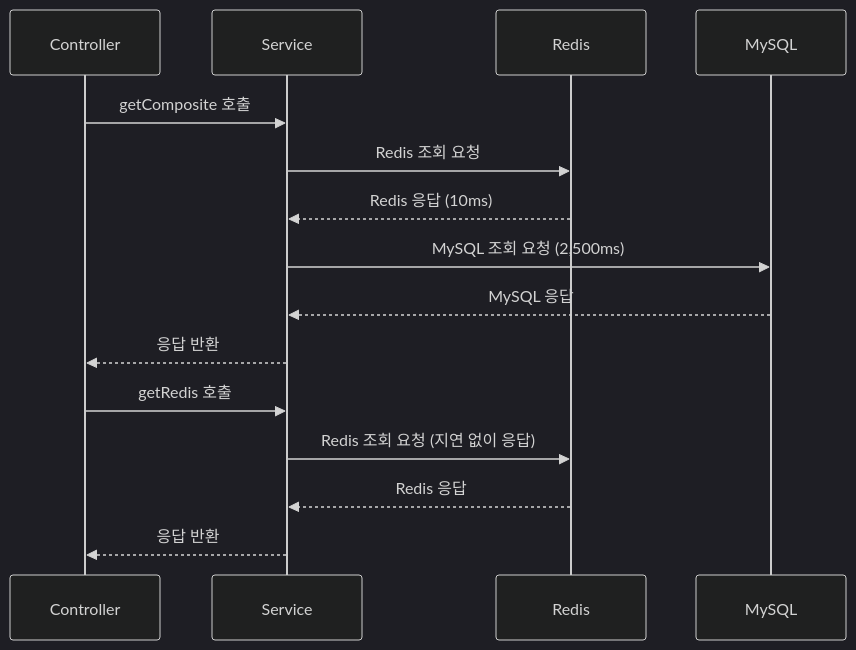
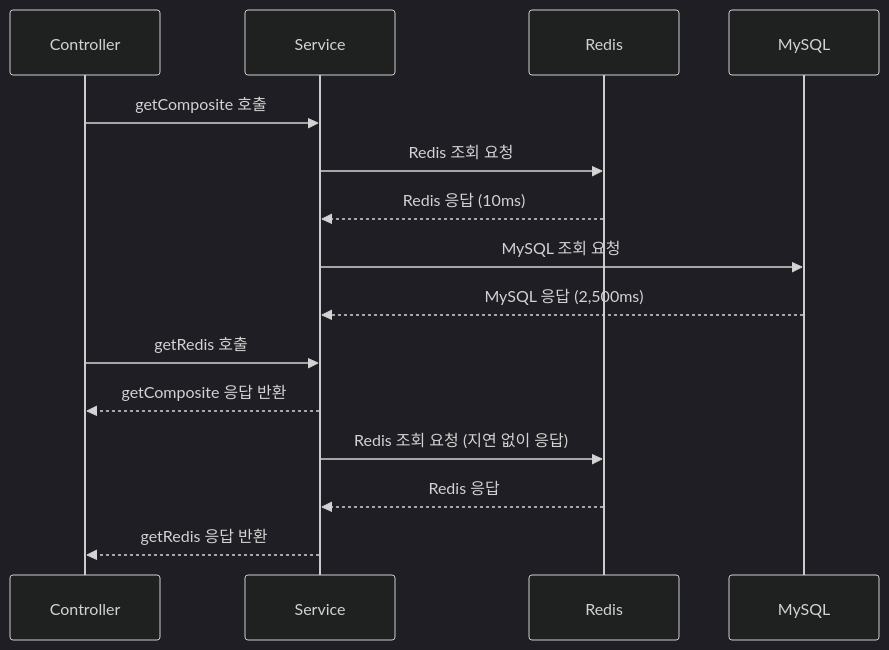
The fourth of 4 diagrams in redis/redis-lettuce-conneciton-pool-2.md (cheese10yun/blog-sample), drawn with Mermaid (dark theme) before and after one commit. The commit also changed other lines of this file, not shown here.

````diff
--- a/redis/redis-lettuce-conneciton-pool-2.md
+++ b/redis/redis-lettuce-conneciton-pool-2.md
@@ -191,17 +190,17 @@
 ```mermaid
 sequenceDiagram
     participant Controller
     participant Service
     participant Redis
     participant MySQL
     Controller ->> Service: getComposite 호출
     Service ->> Redis: Redis 조회 요청
     Redis -->> Service: Redis 응답 (10ms)
-    Service ->> MySQL: MySQL 조회 요청 (2,500ms)
-    MySQL -->> Service: MySQL 응답
-    Service -->> Controller: 응답 반환
+    Service ->> MySQL: MySQL 조회 요청
+    MySQL -->> Service: MySQL 응답 (2,500ms)
     Controller ->> Service: getRedis 호출
+    Service -->> Controller: getComposite 응답 반환
     Service ->> Redis: Redis 조회 요청 (지연 없이 응답)
     Redis -->> Service: Redis 응답
-    Service -->> Controller: 응답 반환
+    Service -->> Controller: getRedis 응답 반환
 ```
````
